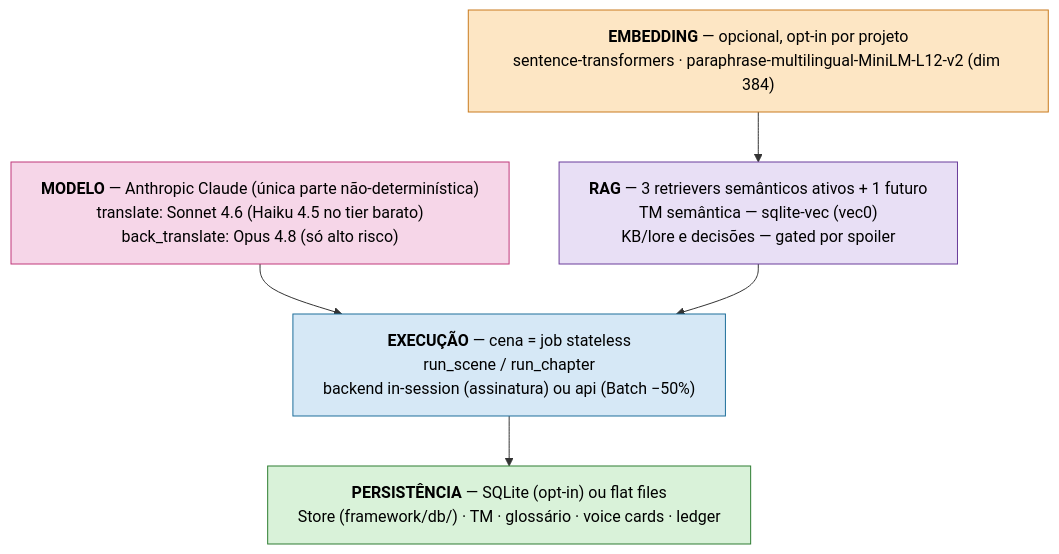
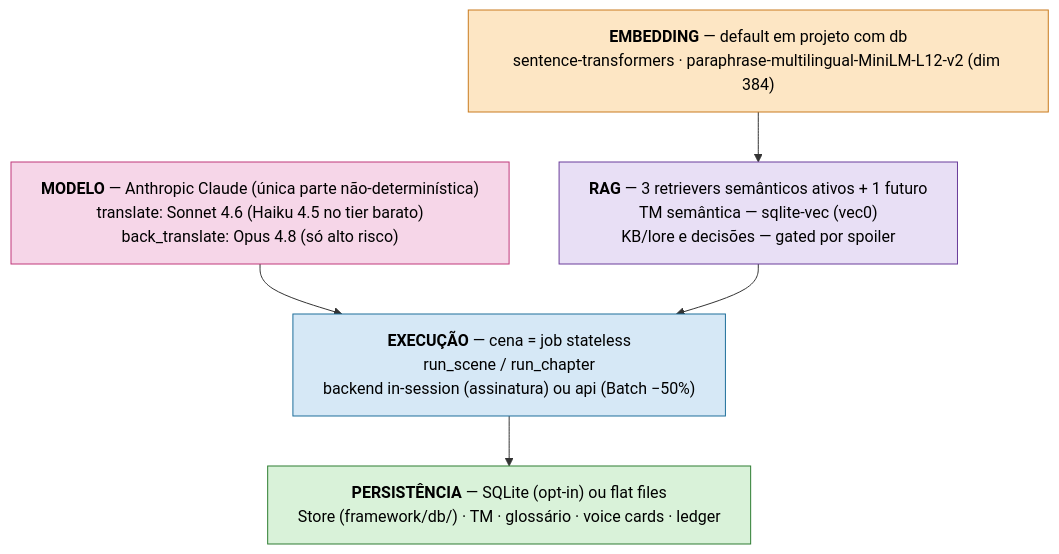
Before and after one commit to scudellerlemos/translation-cognition-framework: the first of 2 diagrams in docs/STACK.md, drawn with Mermaid. The commit also changed other lines of this file and 16 other files, not shown here.

First line of the commit message:
feat: busca semantica vira default de projeto com db (kb_gate bloqueia sem a stack de ML)

````diff
--- a/docs/STACK.md
+++ b/docs/STACK.md
@@ -7,18 +7,18 @@
 ```mermaid
 %%{init: {'flowchart': {'wrappingWidth': 520}}}%%
 flowchart TB
   model["<b>MODELO</b> — Anthropic Claude (única parte não-determinística)<br/>translate: Sonnet 4.6 (Haiku 4.5 no tier barato)<br/>back_translate: Opus 4.8 (só alto risco)"]:::mod
-  embed["<b>EMBEDDING</b> — opcional, opt-in por projeto<br/>sentence-transformers · paraphrase-multilingual-MiniLM-L12-v2 (dim 384)"]:::emb
+  embed["<b>EMBEDDING</b> — default em projeto com db<br/>sentence-transformers · paraphrase-multilingual-MiniLM-L12-v2 (dim 384)"]:::emb
   rag["<b>RAG</b> — 3 retrievers semânticos ativos + 1 futuro<br/>TM semântica — sqlite-vec (vec0)<br/>KB/lore e decisões — gated por spoiler"]:::rg
   exec["<b>EXECUÇÃO</b> — cena = job stateless<br/>run_scene / run_chapter<br/>backend in-session (assinatura) ou api (Batch −50%)"]:::ex
   store["<b>PERSISTÊNCIA</b> — SQLite (opt-in) ou flat files<br/>Store (framework/db/) · TM · glossário · voice cards · ledger"]:::st
   model --> exec
   embed --> rag
   rag --> exec
   exec --> store
   classDef mod fill:#f6d6e8,stroke:#c0397b,color:#000;
   classDef emb fill:#fde6c4,stroke:#c97b1f,color:#000;
   classDef rg fill:#e8dff5,stroke:#6a3d9b,color:#000;
   classDef ex fill:#d6e8f6,stroke:#1f6f9b,color:#000;
   classDef st fill:#d9f2d9,stroke:#2e7d32,color:#000;
 ```
````
